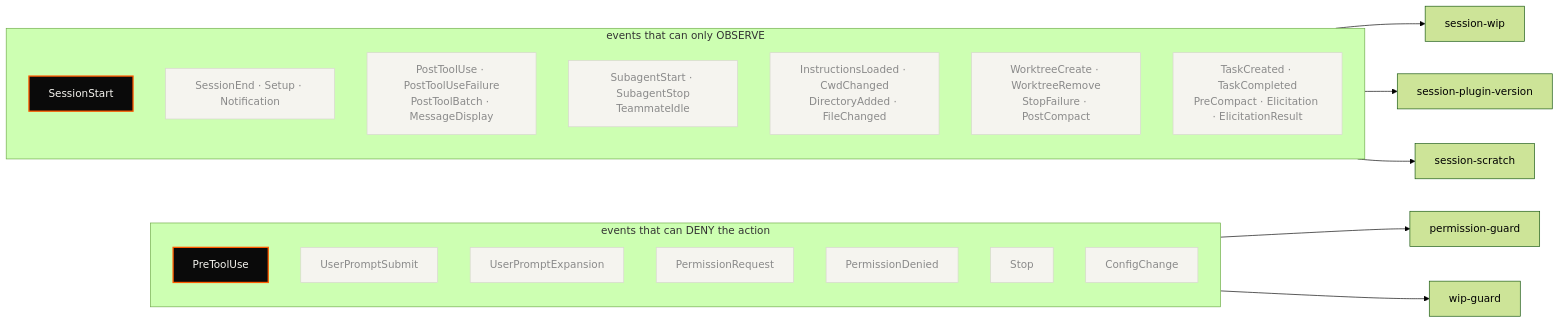
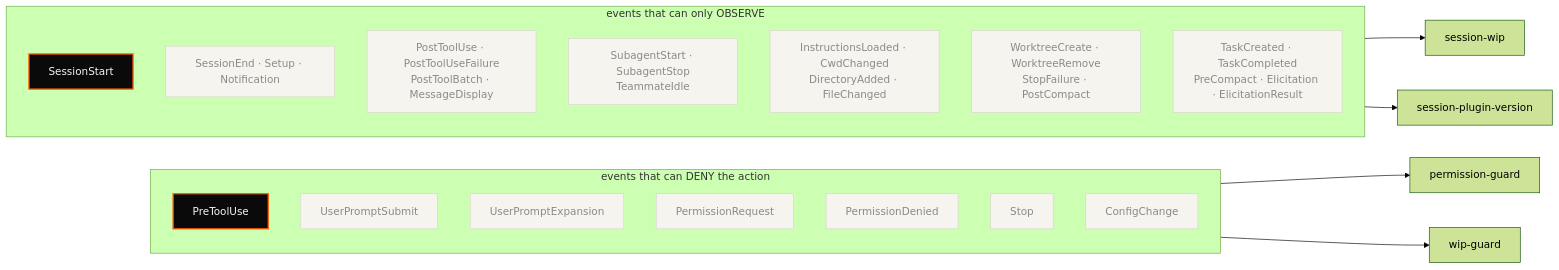
One commit to tedeuxx/tadeumendonca-skills changed the fourth of 5 diagrams in README.md. Above: the diagram before and after it, drawn with Mermaid (forest theme). The commit also changed other lines of this file and 13 other files, not shown here.

````diff
--- a/README.md
+++ b/README.md
@@ -624,41 +624,39 @@
 ```mermaid
 flowchart LR
   classDef used fill:#0A0A0A,color:#F5F4EF,stroke:#FF5A00,stroke-width:2px
   classDef idle fill:#F5F4EF,color:#8A8A8A,stroke:#D8D6CE
 
   subgraph BLOCK["events that can DENY the action"]
     direction TB
     E1["PreToolUse"]
     E2["UserPromptSubmit"]:::idle
     E3["UserPromptExpansion"]:::idle
     E4["PermissionRequest"]:::idle
     E5["PermissionDenied"]:::idle
     E6["Stop"]:::idle
     E7["ConfigChange"]:::idle
   end
 
   subgraph OBS["events that can only OBSERVE"]
     direction TB
     O1["SessionStart"]
     O2["SessionEnd · Setup · Notification"]:::idle
     O3["PostToolUse · PostToolUseFailure<br/>PostToolBatch · MessageDisplay"]:::idle
     O4["SubagentStart · SubagentStop<br/>TeammateIdle"]:::idle
     O5["InstructionsLoaded · CwdChanged<br/>DirectoryAdded · FileChanged"]:::idle
     O6["WorktreeCreate · WorktreeRemove<br/>StopFailure · PostCompact"]:::idle
     O7["TaskCreated · TaskCompleted<br/>PreCompact · Elicitation · ElicitationResult"]:::idle
   end
 
   H1["permission-guard"]
   H2["wip-guard"]
   H3["session-wip"]
   H4["session-plugin-version"]
-  H5["session-scratch"]
 
   E1 --> H1
   E1 --> H2
   O1 --> H3
   O1 --> H4
-  O1 --> H5
 
   class E1,O1 used
 ```
````
